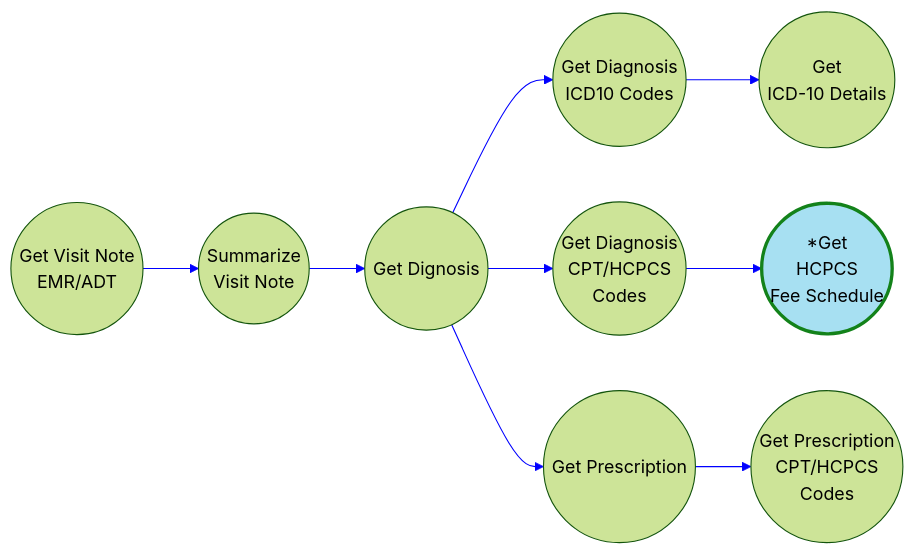
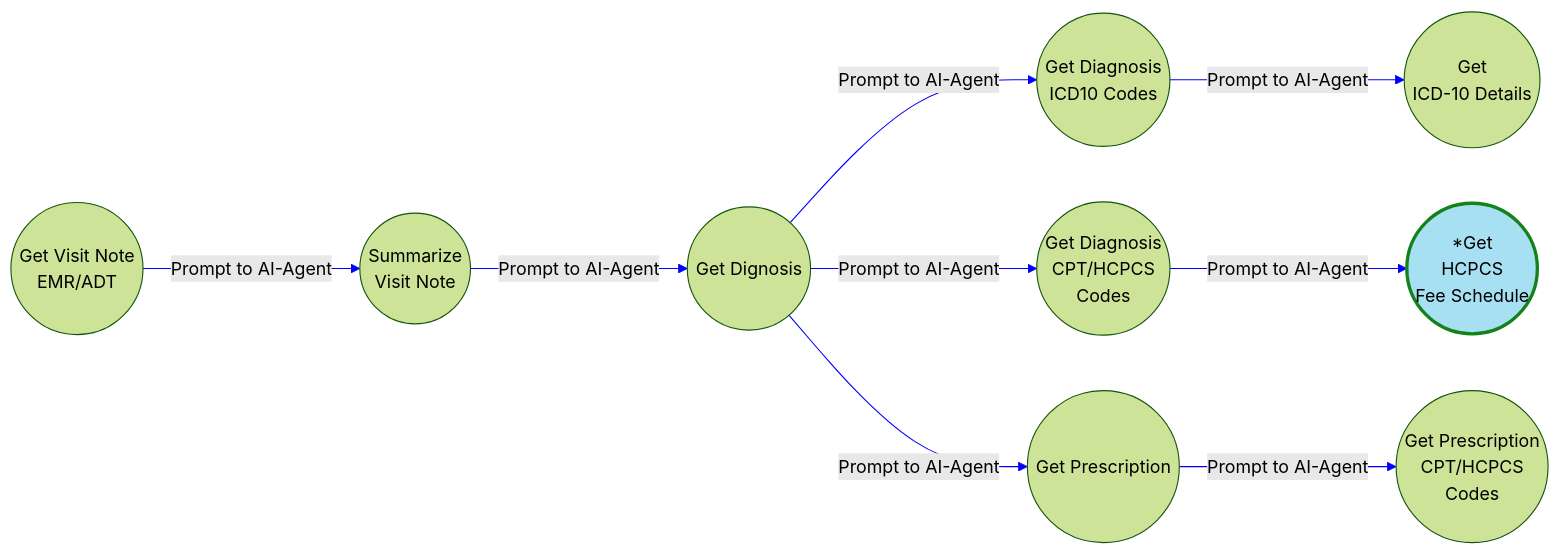
The second of 4 diagrams in README.md (ovaisq/LLM-MedBillingForecast), drawn with Mermaid before and after one commit.

Commit message:
added more detail to agentic ai workflow diagram in the README

````diff
--- a/README.md
+++ b/README.md
@@ -84,32 +84,32 @@
 ```mermaid
     %%{init: {'theme': 'forest', 'themeVariables': {'lineColor': 'Blue'}}}%%
     graph LR
         style DB fill:#a7e0f2,stroke:#13821a,stroke-width:3px
 
         A((Get Visit Note
         EMR/ADT))
         B((Summarize
         Visit Note))
         C((Get Dignosis))
         D((Get Diagnosis
         ICD10 Codes))
         DA(("Get 
         ICD-10 Details"))
         DB((*Get 
         HCPCS 
         Fee Schedule))
         E((Get Diagnosis 
         CPT/HCPCS
         Codes))
         F((Get Prescription))
         G((Get Prescription 
         CPT/HCPCS
         Codes))
 
-    A --> B --> C --> D
-    D --> DA
-    C --> E
-    C --> F
-    F --> G
-    E --> DB
+    A --Prompt to AI-Agent--> B --Prompt to AI-Agent--> C --Prompt to AI-Agent--> D
+    D --Prompt to AI-Agent--> DA
+    C --Prompt to AI-Agent--> E
+    C --Prompt to AI-Agent--> F
+    F --Prompt to AI-Agent--> G
+    E --Prompt to AI-Agent--> DB
 ```
````
